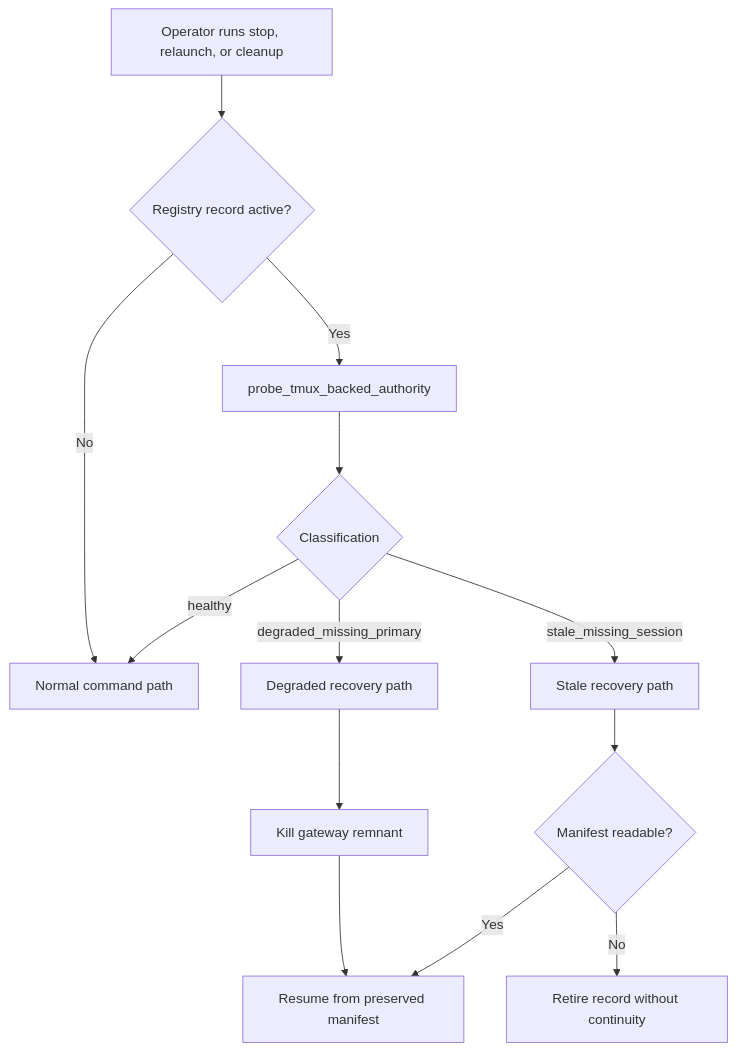
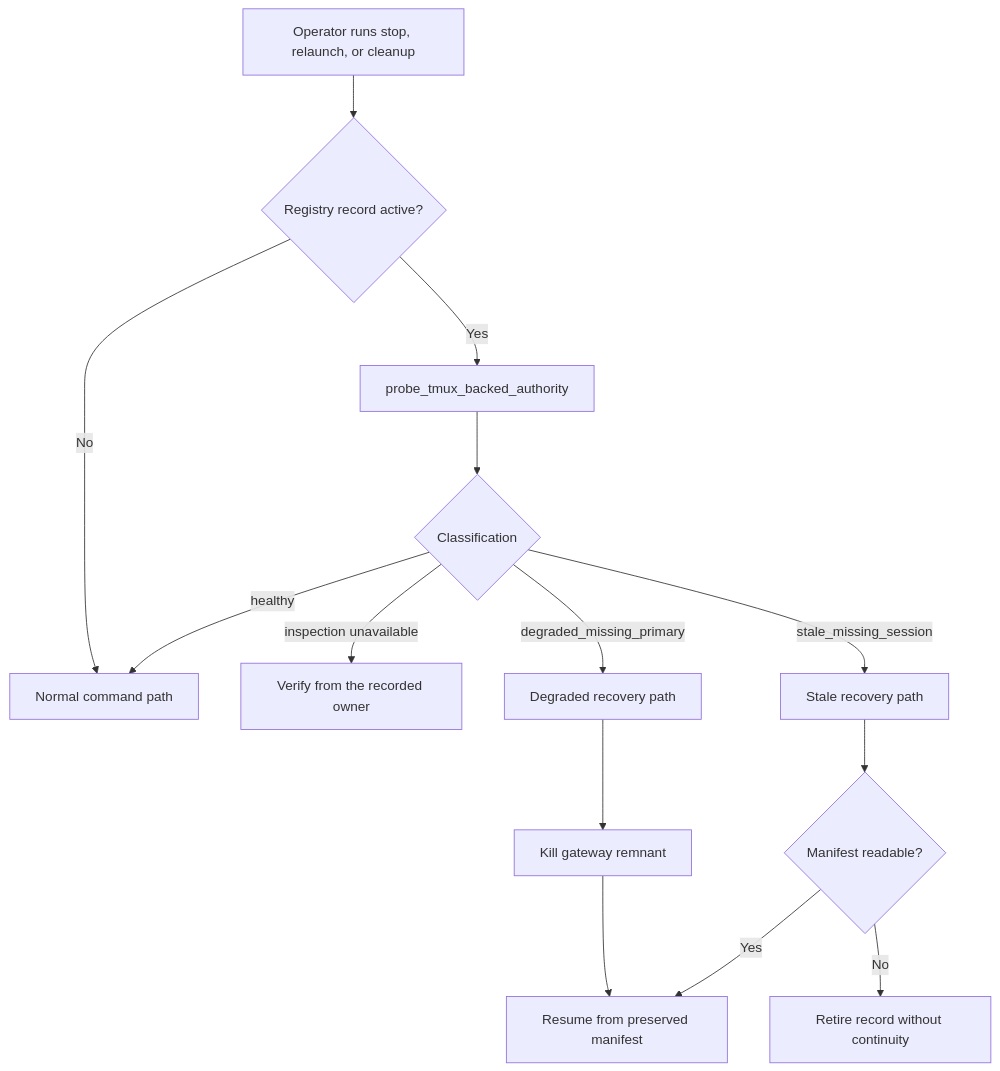
The diagram in docs/reference/run-phase/degraded-stale-recovery.md (igamenovoer/houmao), drawn with Mermaid before and after one commit. The commit also changed other lines of this file and 89 other files, not shown here.

````diff
--- a/docs/reference/run-phase/degraded-stale-recovery.md
+++ b/docs/reference/run-phase/degraded-stale-recovery.md
@@ -29,15 +30,16 @@
 ```mermaid
 flowchart TD
     A[Operator runs stop, relaunch, or cleanup] --> B{Registry record active?}
     B -->|No| C[Normal command path]
     B -->|Yes| D[probe_tmux_backed_authority]
     D --> E{Classification}
     E -->|healthy| C
+    E -->|inspection unavailable| L[Verify from the recorded owner]
     E -->|degraded_missing_primary| F[Degraded recovery path]
     E -->|stale_missing_session| G[Stale recovery path]
     F --> H[Kill gateway remnant]
     H --> I[Resume from preserved manifest]
     G --> J{Manifest readable?}
     J -->|Yes| I
     J -->|No| K[Retire record without continuity]
 ```
````
